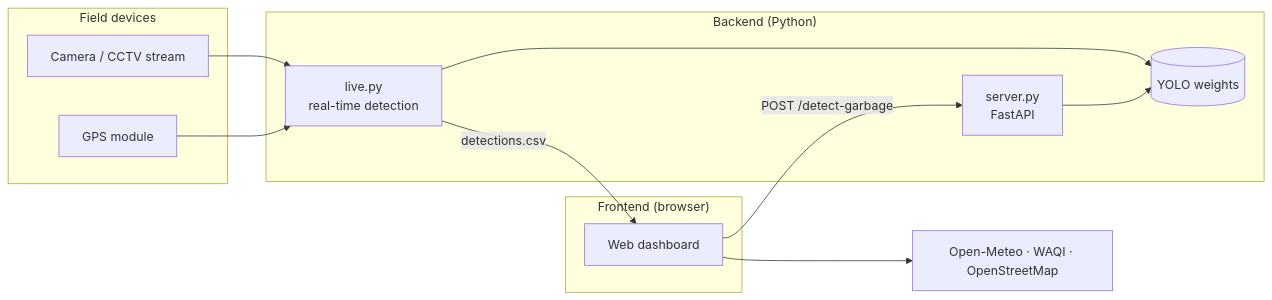
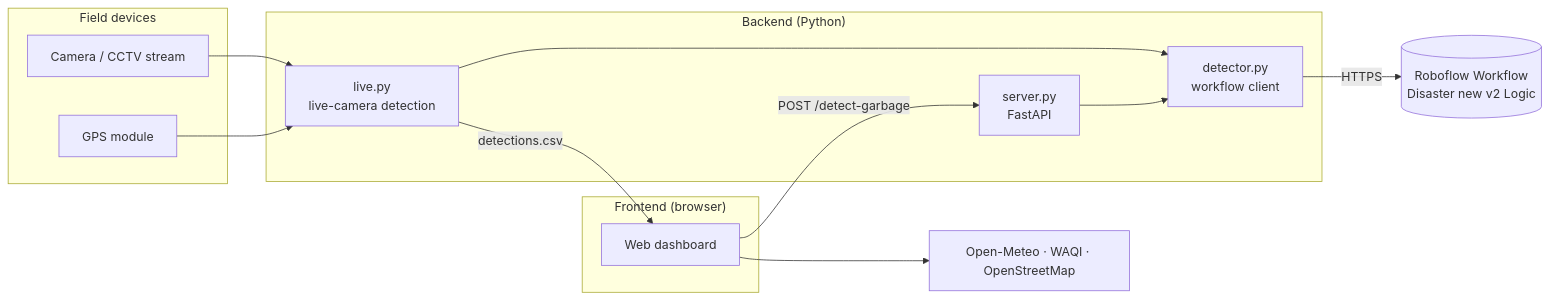
Before and after one commit to benjamin-codes-labs/PostDisasterPredictionAndManagement: the diagram in README.md, drawn with Mermaid. The commit also changed other lines of this file and 16 other files, not shown here.

First line of the commit message:
Replace bundled YOLO11n weights with the Roboflow Workflow "Disaster new v2 Logic"

````diff
--- a/README.md
+++ b/README.md
@@ -44,23 +44,25 @@
 ```mermaid
 flowchart LR
     subgraph field["Field devices"]
         CAM["Camera / CCTV stream"]
         GPS["GPS module"]
     end
     subgraph backend["Backend (Python)"]
-        LIVE["live.py<br/>real-time detection"]
+        LIVE["live.py<br/>live-camera detection"]
         API["server.py<br/>FastAPI"]
-        MODEL[("YOLO weights")]
+        CLIENT["detector.py<br/>workflow client"]
     end
+    RF[("Roboflow Workflow<br/>Disaster new v2 Logic")]
     subgraph frontend["Frontend (browser)"]
         UI["Web dashboard"]
     end
 
     CAM --> LIVE
     GPS --> LIVE
-    LIVE --> MODEL
-    API --> MODEL
+    LIVE --> CLIENT
+    API --> CLIENT
+    CLIENT -- "HTTPS" --> RF
     LIVE -- "detections.csv" --> UI
     UI -- "POST /detect-garbage" --> API
     UI --> EXT["Open-Meteo · WAQI · OpenStreetMap"]
 ```
````
